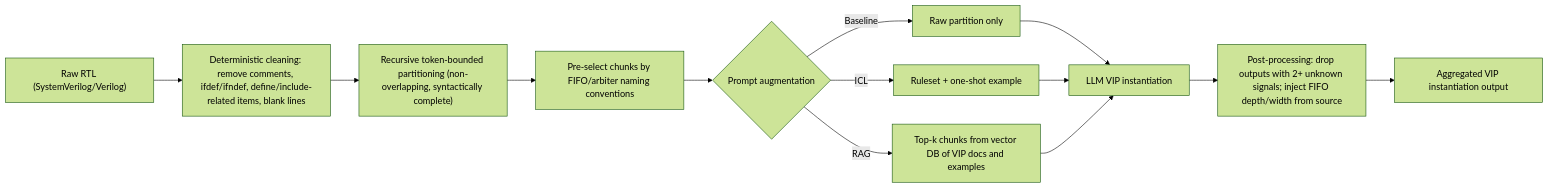
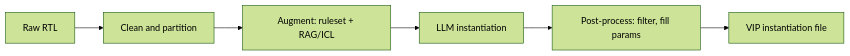
One commit to nemo99007/yt-paper changed the diagram in docs/papers/ref-20261018-ccb0-towards-automated-verification-ip-instantiation-via-llms.md. Above: the diagram before and after it, drawn with Mermaid (forest theme). The commit also changed other lines of this file and 172 other files, not shown here.

````diff
--- a/docs/papers/ref-20261018-ccb0-towards-automated-verification-ip-instantiation-via-llms.md
+++ b/docs/papers/ref-20261018-ccb0-towards-automated-verification-ip-instantiation-via-llms.md
@@ -199,15 +186,8 @@
 ```mermaid
 flowchart LR
-    A["Raw RTL (SystemVerilog/Verilog)"] --> B["Deterministic cleaning: remove comments, ifdef/ifndef, define/include-related items, blank lines"]
-    B --> C["Recursive token-bounded partitioning (non-overlapping, syntactically complete)"]
-    C --> D["Pre-select chunks by FIFO/arbiter naming conventions"]
-    D --> E{"Prompt augmentation"}
-    E -->|Baseline| F["Raw partition only"]
-    E -->|ICL| G["Ruleset + one-shot example"]
-    E -->|RAG| H["Top-k chunks from vector DB of VIP docs and examples"]
-    F --> I["LLM VIP instantiation"]
-    G --> I
-    H --> I
-    I --> J["Post-processing: drop outputs with 2+ unknown signals; inject FIFO depth/width from source"]
-    J --> K["Aggregated VIP instantiation output"]
+  A[Raw RTL] --> B[Clean and partition]
+  B --> C[Augment: ruleset + RAG/ICL]
+  C --> D[LLM instantiation]
+  D --> E[Post-process: filter, fill params]
+  E --> F[VIP instantiation file]
 ```
````
